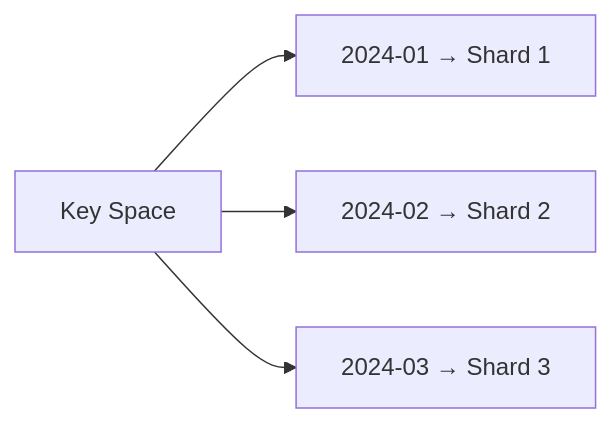
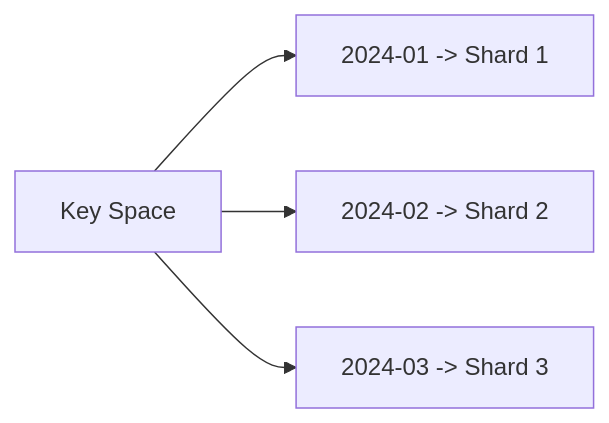
One commit to hareramcse/SystemDesign changed the fifth of 29 diagrams in 05-distributed-databases/README.md. Above: the diagram before and after it, drawn with Mermaid. The commit also changed other lines of this file and 16 other files, not shown here.

````diff
--- a/05-distributed-databases/README.md
+++ b/05-distributed-databases/README.md
@@ -241,6 +268,6 @@
 ```mermaid
 flowchart LR
-    Keys[Key Space] --> R1[2024-01 → Shard 1]
-    Keys --> R2[2024-02 → Shard 2]
-    Keys --> R3[2024-03 → Shard 3]
+    Keys[Key Space] --> R1[2024-01 -> Shard 1]
+    Keys --> R2[2024-02 -> Shard 2]
+    Keys --> R3[2024-03 -> Shard 3]
 ```
````
